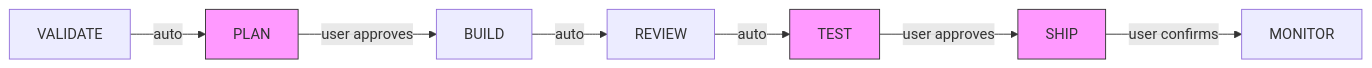
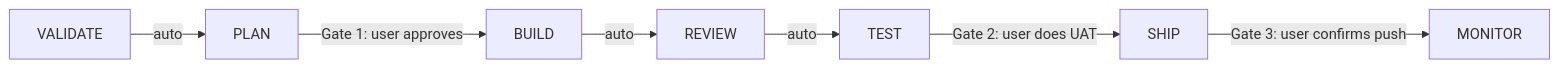
The second of 2 diagrams in README.md (nassimbf/ftitos-claude-code), drawn with Mermaid before and after one commit. The commit also changed other lines of this file, not shown here.

First line of the commit message:
docs: rewrite README with credits, review army, GateGuard, directory structure

````diff
--- a/README.md
+++ b/README.md
@@ -148,13 +187,9 @@
 ```mermaid
 flowchart LR
     V[VALIDATE] -->|auto| P[PLAN]
-    P -->|user approves| B[BUILD]
+    P -->|"Gate 1: user approves"| B[BUILD]
     B -->|auto| R[REVIEW]
     R -->|auto| T[TEST]
-    T -->|user approves| S[SHIP]
-    S -->|user confirms| M[MONITOR]
-
-    style P fill:#f9f,stroke:#333
-    style T fill:#f9f,stroke:#333
-    style S fill:#f9f,stroke:#333
+    T -->|"Gate 2: user does UAT"| S[SHIP]
+    S -->|"Gate 3: user confirms push"| M[MONITOR]
 ```
````
